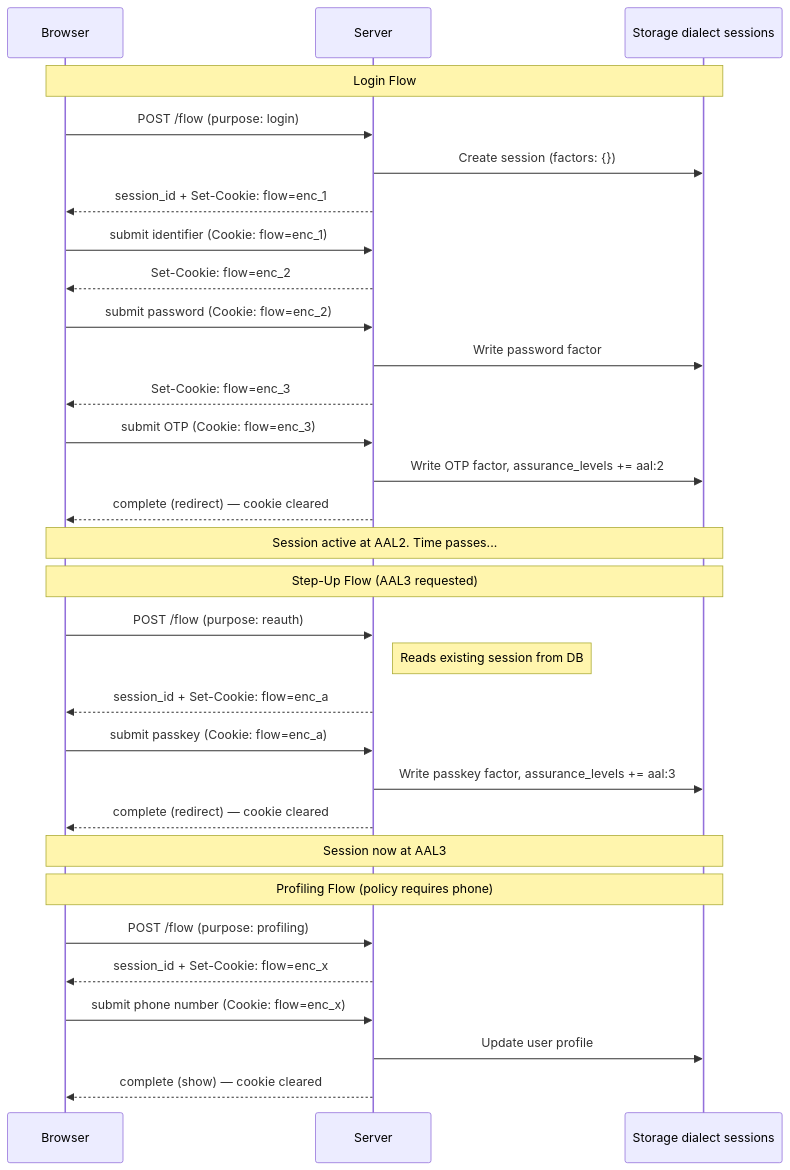
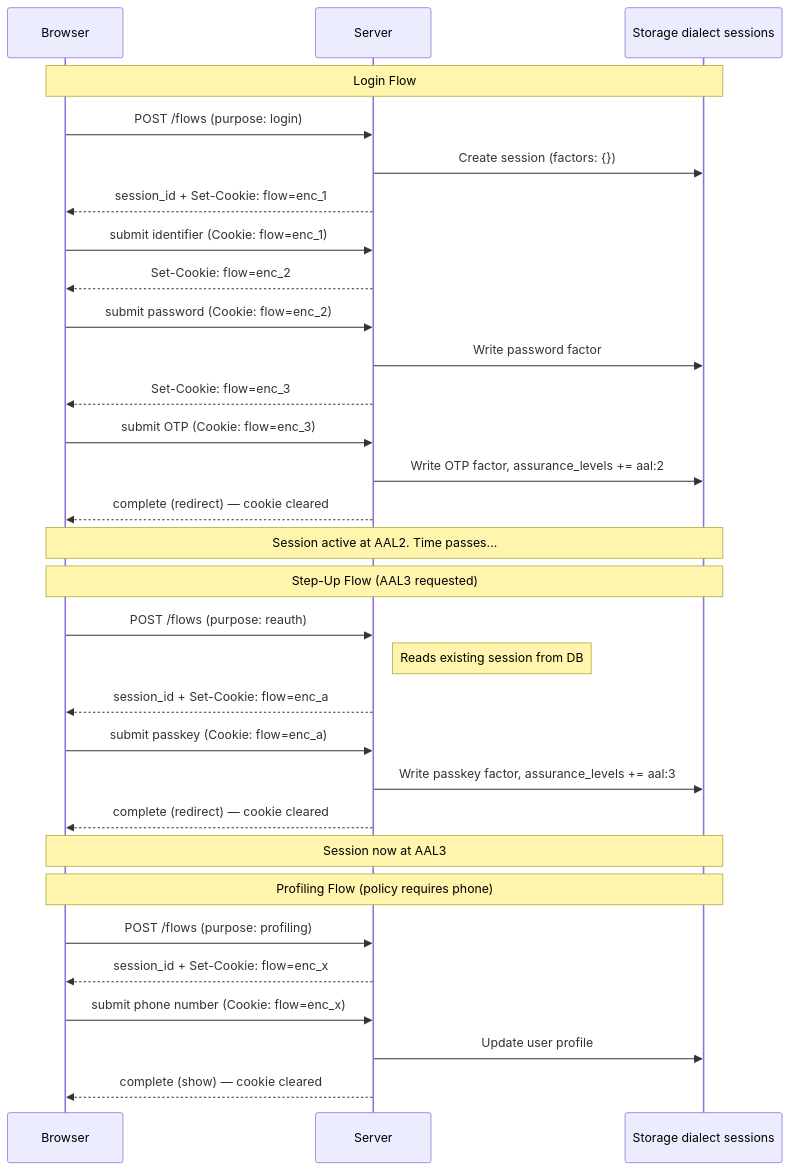
The diagram in docs/design/flowengine/flow-engine-storage.md (zitadel/nextgen), drawn with Mermaid before and after one commit. The commit also changed other lines of this file and 24 other files, not shown here.

First line of the commit message:
docs: name the flow operations' path /flows in the ADRs and design notes

````diff
--- a/docs/design/flowengine/flow-engine-storage.md
+++ b/docs/design/flowengine/flow-engine-storage.md
@@ -15,38 +15,38 @@
 ```mermaid
 sequenceDiagram
     participant Browser
     participant Server
     participant DB as Storage dialect sessions
 
     Note over Browser,DB: Login Flow
-    Browser->>Server: POST /flow (purpose: login)
+    Browser->>Server: POST /flows (purpose: login)
     Server->>DB: Create session (factors: {})
     Server-->>Browser: session_id + Set-Cookie: flow=enc_1
     Browser->>Server: submit identifier (Cookie: flow=enc_1)
     Server-->>Browser: Set-Cookie: flow=enc_2
     Browser->>Server: submit password (Cookie: flow=enc_2)
     Server->>DB: Write password factor
     Server-->>Browser: Set-Cookie: flow=enc_3
     Browser->>Server: submit OTP (Cookie: flow=enc_3)
     Server->>DB: Write OTP factor, assurance_levels += aal:2
     Server-->>Browser: complete (redirect) — cookie cleared
 
     Note over Browser,DB: Session active at AAL2. Time passes...
 
     Note over Browser,DB: Step-Up Flow (AAL3 requested)
-    Browser->>Server: POST /flow (purpose: reauth)
+    Browser->>Server: POST /flows (purpose: reauth)
     Note right of Server: Reads existing session from DB
     Server-->>Browser: session_id + Set-Cookie: flow=enc_a
     Browser->>Server: submit passkey (Cookie: flow=enc_a)
     Server->>DB: Write passkey factor, assurance_levels += aal:3
     Server-->>Browser: complete (redirect) — cookie cleared
 
     Note over Browser,DB: Session now at AAL3
 
     Note over Browser,DB: Profiling Flow (policy requires phone)
-    Browser->>Server: POST /flow (purpose: profiling)
+    Browser->>Server: POST /flows (purpose: profiling)
     Server-->>Browser: session_id + Set-Cookie: flow=enc_x
     Browser->>Server: submit phone number (Cookie: flow=enc_x)
     Server->>DB: Update user profile
     Server-->>Browser: complete (show) — cookie cleared
 ```
````
